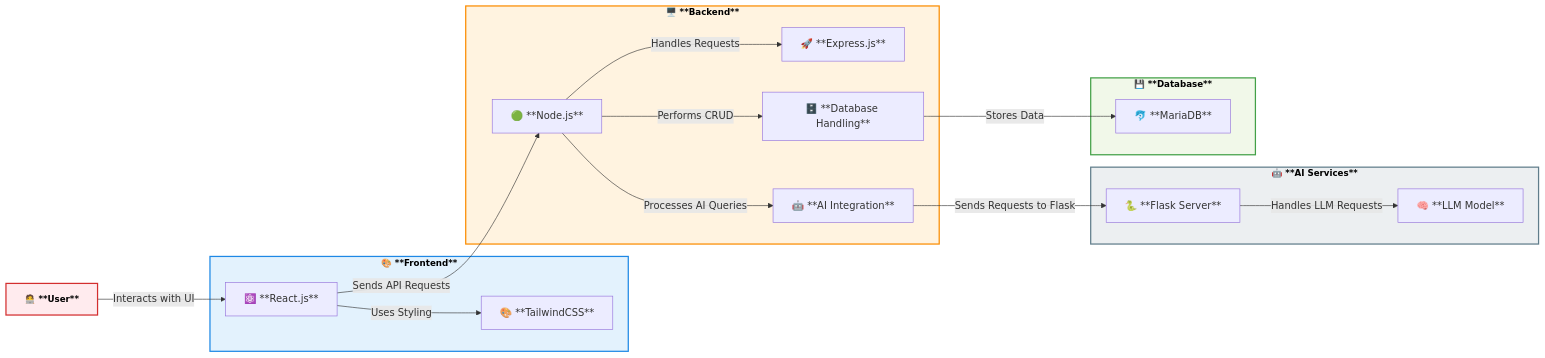
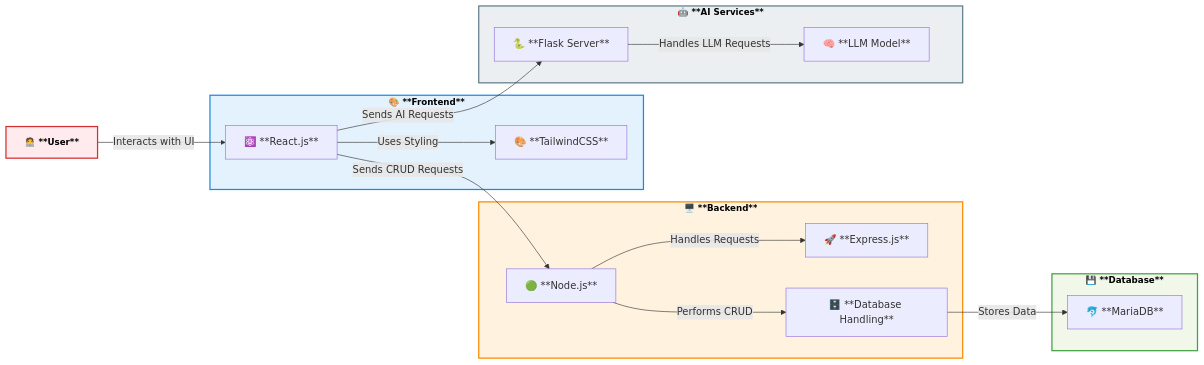
Before and after one commit to josepablo98/techie: the diagram in architecture/architecture.mermaid, drawn with Mermaid. The commit also changed 4 other files, not shown here.

```diff
--- a/architecture/architecture.mermaid
+++ b/architecture/architecture.mermaid
@@ -1,50 +1,49 @@
 graph LR;
     %% Dirección del flujo
     direction LR
 
     %% Definición de nodos
     U["🧑‍💻 **User**"] 
     subgraph Frontend ["🎨 **Frontend**"]
         React["⚛️ **React.js**"]
         Tailwind["🎨 **TailwindCSS**"]
     end
 
     subgraph Backend ["🖥️ **Backend**"]
         Node["🟢 **Node.js**"]
         Express["🚀 **Express.js**"]
-        AI["🤖 **AI Integration**"]
         DBHandler["🗄️ **Database Handling**"]
     end
 
     subgraph AI_Services ["🤖 **AI Services**"]
         Flask["🐍 **Flask Server**"]
         LLM["🧠 **LLM Model**"]
     end
 
     subgraph Database ["💾 **Database**"]
         MariaDB["🐬 **MariaDB**"]
     end
 
     %% Conexiones
     U -->|Interacts with UI| React
     React -->|Uses Styling| Tailwind
-    React -->|Sends API Requests| Node
+    React -->|Sends CRUD Requests| Node
+    React -->|Sends AI Requests| Flask
+
     Node -->|Handles Requests| Express
     Node -->|Performs CRUD| DBHandler
     DBHandler -->|Stores Data| MariaDB
-    Node -->|Processes AI Queries| AI
-    AI -->|Sends Requests to Flask| Flask
     Flask -->|Handles LLM Requests| LLM
 
-    %% Estilos mejorados
+    %% Estilos
     classDef frontend fill:#E3F2FD,stroke:#1E88E5,stroke-width:2px,color:#000,font-weight:bold,font-size:14px;
     classDef backend fill:#FFF3E0,stroke:#FB8C00,stroke-width:2px,color:#000,font-weight:bold,font-size:14px;
     classDef database fill:#F1F8E9,stroke:#43A047,stroke-width:2px,color:#000,font-weight:bold,font-size:14px;
     classDef cloud fill:#ECEFF1,stroke:#607D8B,stroke-width:2px,color:#000,font-weight:bold,font-size:14px;
     classDef actor fill:#FFEBEE,stroke:#D32F2F,stroke-width:2px,color:#000,font-weight:bold,font-size:14px;
 
     class Frontend frontend;
     class Backend backend;
     class Database database;
     class AI_Services cloud;
     class U actor;
```
